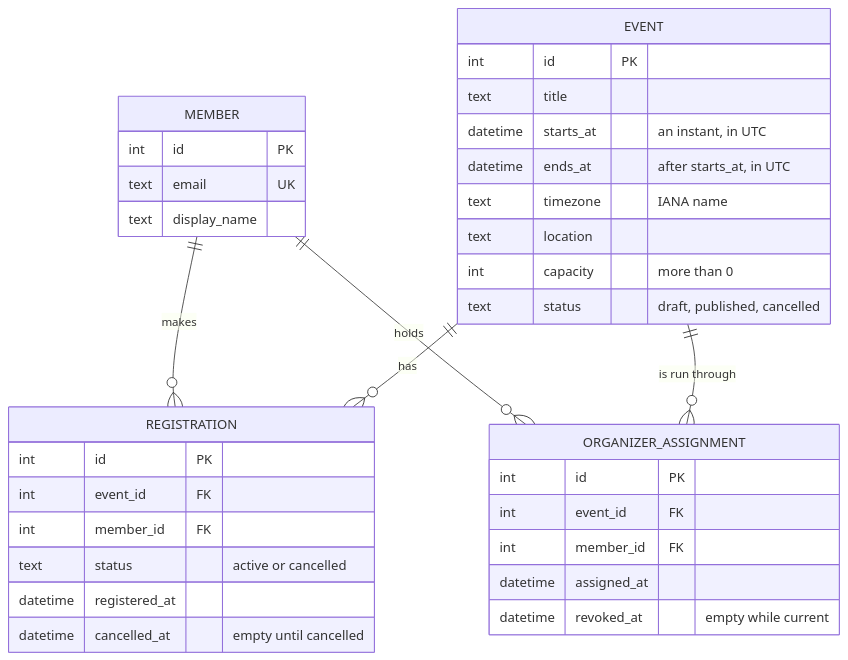
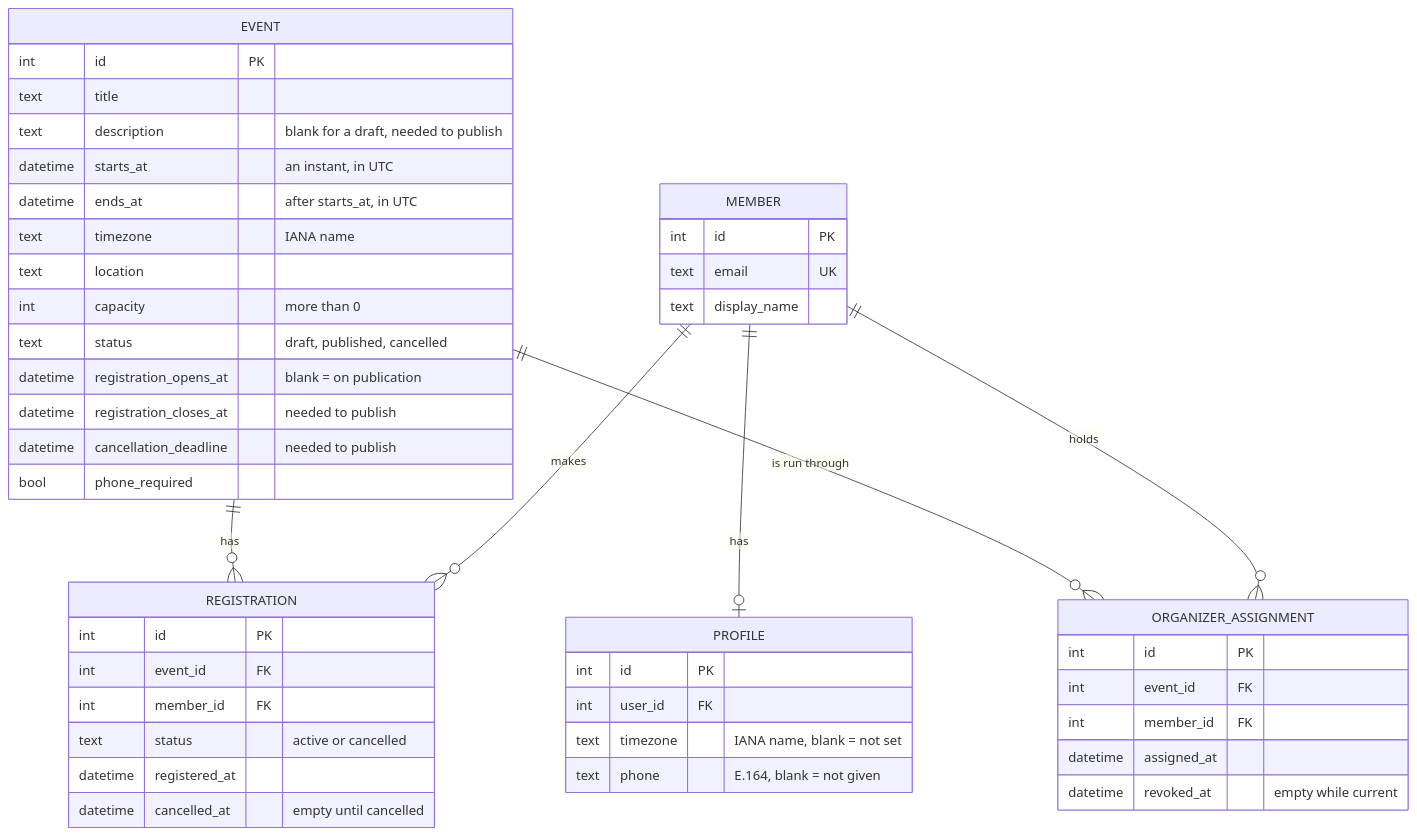
One commit to SamChawla/otahque-web-book changed the diagram in app/docs/design/erd.md. Above: the diagram before and after it, drawn with Mermaid. The commit also changed other lines of this file and 98 other files, not shown here.

```diff
--- a/app/docs/design/erd.md
+++ b/app/docs/design/erd.md
@@ -9,37 +9,49 @@
 ~~~mermaid
 erDiagram
     MEMBER ||--o{ REGISTRATION : "makes"
     EVENT ||--o{ REGISTRATION : "has"
     MEMBER ||--o{ ORGANIZER_ASSIGNMENT : "holds"
     EVENT ||--o{ ORGANIZER_ASSIGNMENT : "is run through"
+    MEMBER ||--o| PROFILE : "has"
     MEMBER {
         int id PK
         text email UK
         text display_name
     }
+    PROFILE {
+        int id PK
+        int user_id FK
+        text timezone "IANA name, blank = not set"
+        text phone "E.164, blank = not given"
+    }
     EVENT {
         int id PK
         text title
+        text description "blank for a draft, needed to publish"
         datetime starts_at "an instant, in UTC"
         datetime ends_at "after starts_at, in UTC"
         text timezone "IANA name"
         text location
         int capacity "more than 0"
         text status "draft, published, cancelled"
+        datetime registration_opens_at "blank = on publication"
+        datetime registration_closes_at "needed to publish"
+        datetime cancellation_deadline "needed to publish"
+        bool phone_required
     }
     REGISTRATION {
         int id PK
         int event_id FK
         int member_id FK
         text status "active or cancelled"
         datetime registered_at
         datetime cancelled_at "empty until cancelled"
     }
     ORGANIZER_ASSIGNMENT {
         int id PK
         int event_id FK
         int member_id FK
         datetime assigned_at
         datetime revoked_at "empty while current"
     }
 ~~~
```
